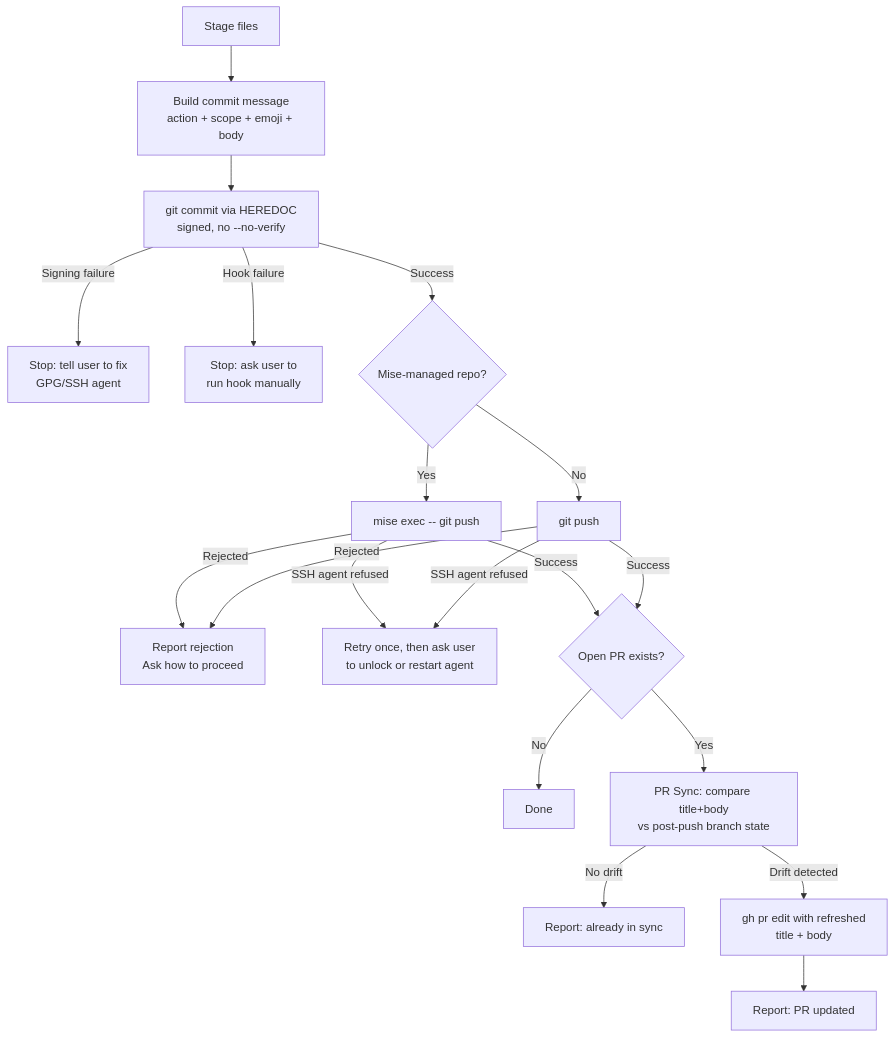
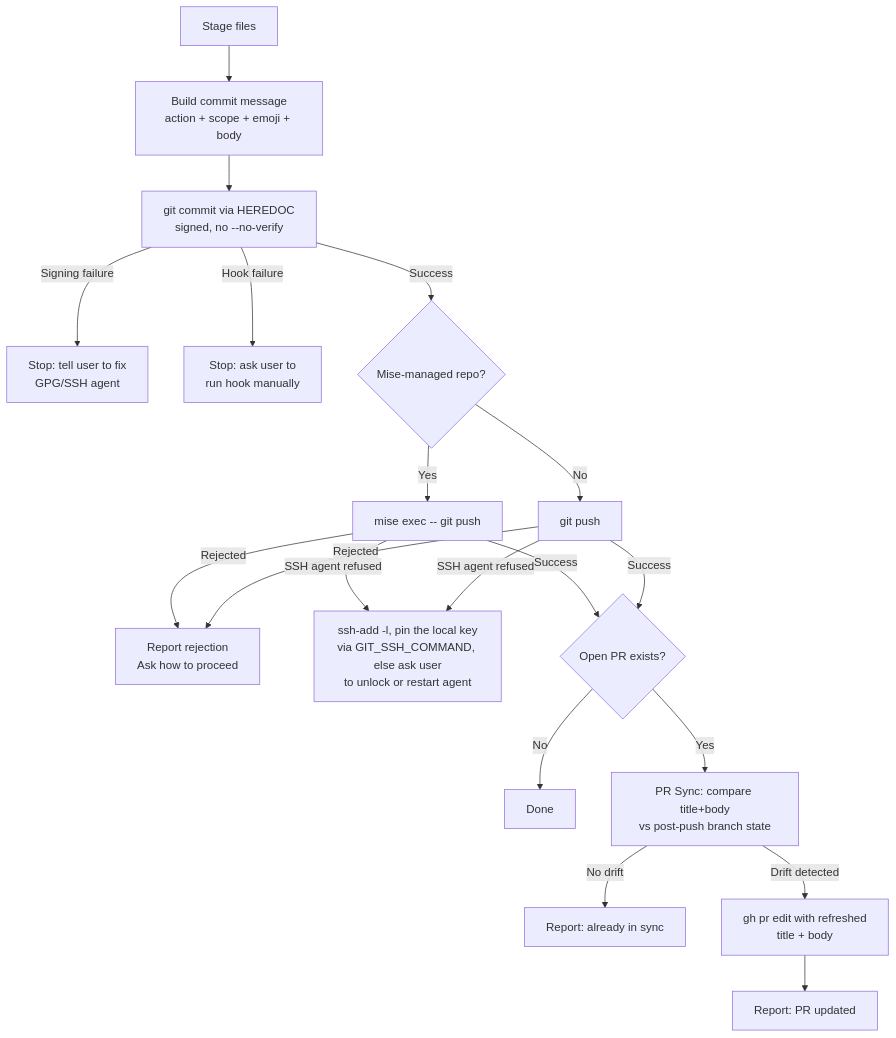
The diagram in skills/commit/README.md (whizzzkid/skills), drawn with Mermaid before and after one commit. The commit also changed other lines of this file and 4 other files, not shown here.

First line of the commit message:
feat(commit): 🛡️ list the agent's keys and pin this machine's before calling an SSH agent locked

````diff
--- a/skills/commit/README.md
+++ b/skills/commit/README.md
@@ -16,18 +16,18 @@
 ```mermaid
 flowchart TD
     A[Stage files] --> B[Build commit message<br/>action + scope + emoji + body]
     B --> C[git commit via HEREDOC<br/>signed, no --no-verify]
     C -->|Signing failure| D[Stop: tell user to fix<br/>GPG/SSH agent]
     C -->|Hook failure| E[Stop: ask user to<br/>run hook manually]
     C -->|Success| F{Mise-managed repo?}
     F -->|Yes| G[mise exec -- git push]
     F -->|No| H[git push]
     G & H -->|Rejected| I[Report rejection<br/>Ask how to proceed]
-    G & H -->|SSH agent refused| P[Retry once, then ask user<br/>to unlock or restart agent]
+    G & H -->|SSH agent refused| P["ssh-add -l, pin the local key<br/>via GIT_SSH_COMMAND, else ask user<br/>to unlock or restart agent"]
     G & H -->|Success| J{Open PR exists?}
     J -->|No| K[Done]
     J -->|Yes| L[PR Sync: compare title+body<br/>vs post-push branch state]
     L -->|No drift| M[Report: already in sync]
     L -->|Drift detected| N[gh pr edit with refreshed<br/>title + body]
     N --> O[Report: PR updated]
 ```
````
